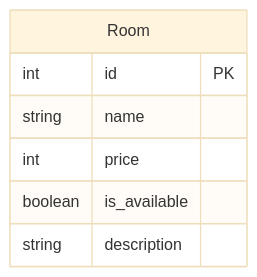
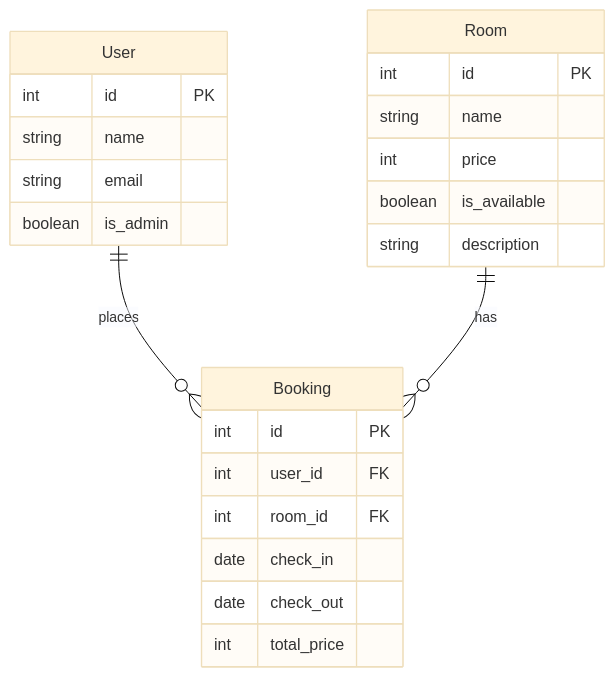
One commit to orange-otter/Trishul-Eco-Homestays changed the diagram in README.md. Above: the diagram before and after it, drawn with Mermaid (base theme). The commit also changed 1 other file, not shown here.

Commit message:
Add User and Booking entities to schema design

````diff
--- a/README.md
+++ b/README.md
@@ -56,10 +56,27 @@
 ```mermaid
 erDiagram
+    User ||--o{ Booking : places
+    Room ||--o{ Booking : has
+
+    User {
+        int id PK
+        string name
+        string email
+        boolean is_admin
+    }
     Room {
         int id PK
         string name
         int price
         boolean is_available
         string description
     }
+    Booking {
+        int id PK
+        int user_id FK
+        int room_id FK
+        date check_in
+        date check_out
+        int total_price
+    }
 ```
````
